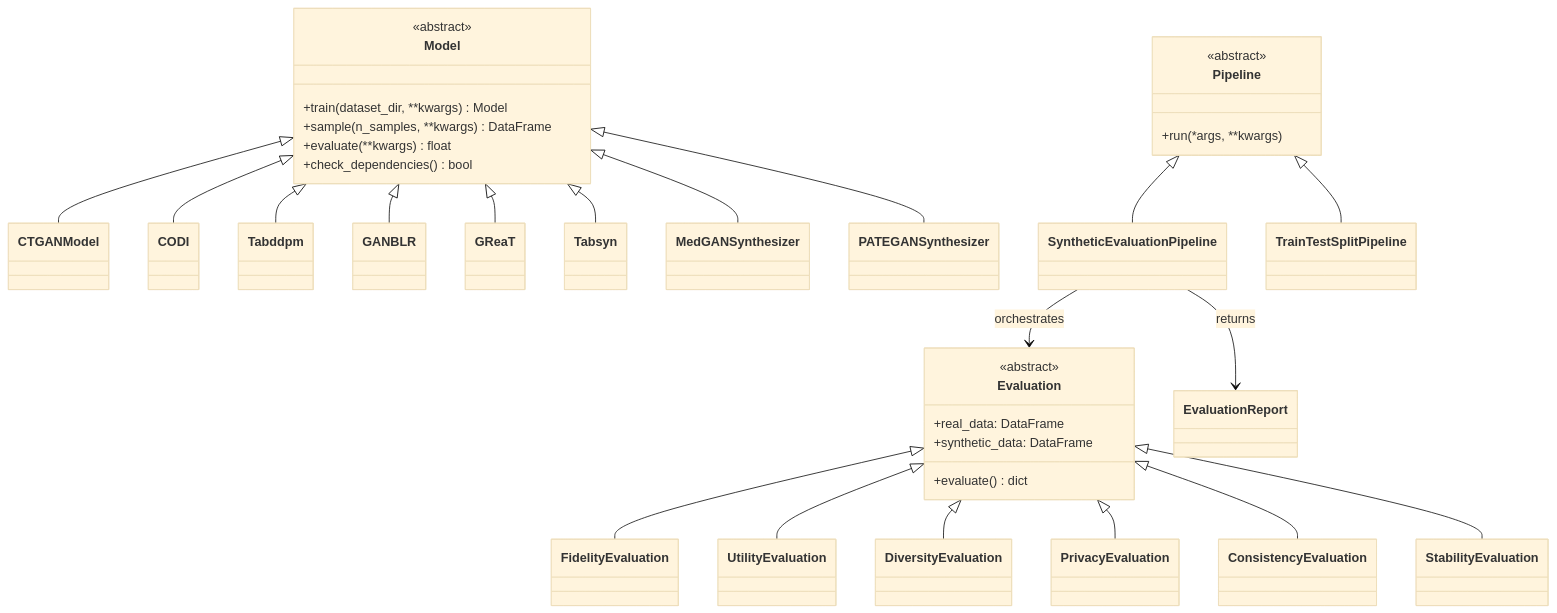
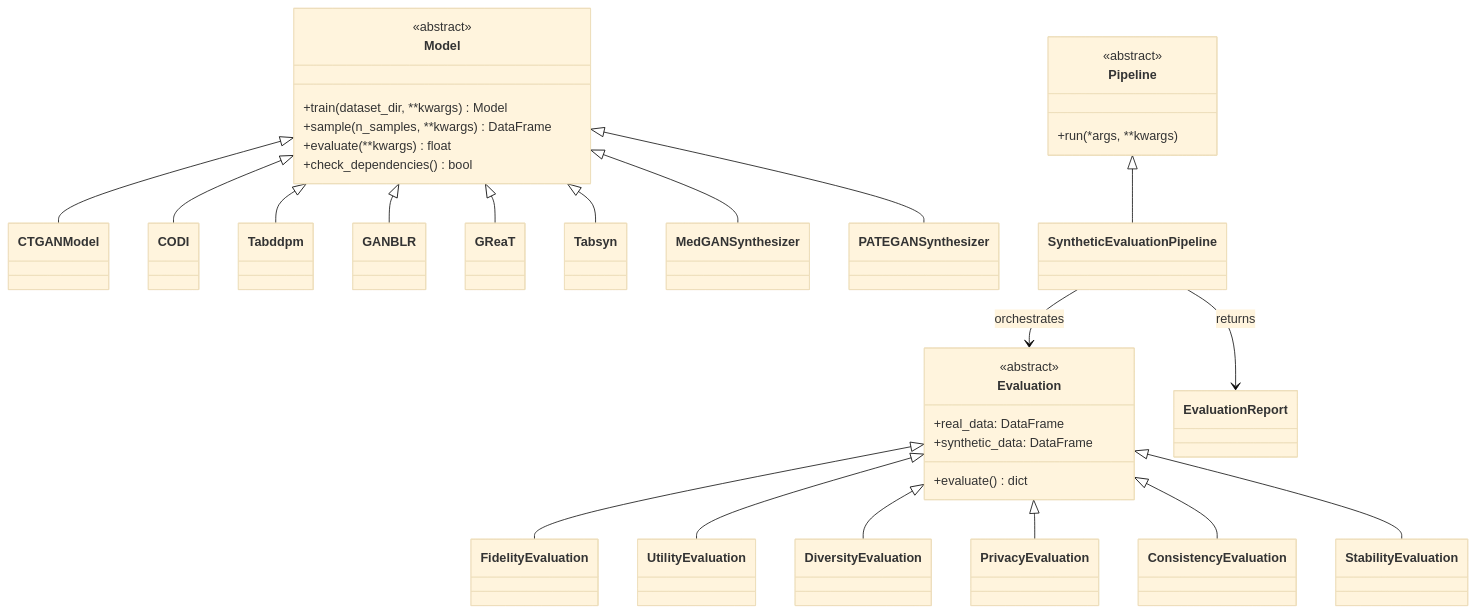
The second of 3 diagrams in ARCHITECTURE.md (datascience-works/Katabatic), drawn with Mermaid (base theme) before and after one commit. The commit also changed other lines of this file and 35 other files, not shown here.

````diff
--- a/ARCHITECTURE.md
+++ b/ARCHITECTURE.md
@@ -76,44 +76,43 @@
 ```mermaid
 classDiagram
     class Model {
         <<abstract>>
         +train(dataset_dir, **kwargs) Model
         +sample(n_samples, **kwargs) DataFrame
         +evaluate(**kwargs) float
         +check_dependencies() bool
     }
 
     class Evaluation {
         <<abstract>>
         +real_data: DataFrame
         +synthetic_data: DataFrame
         +evaluate() dict
     }
 
     class Pipeline {
         <<abstract>>
         +run(*args, **kwargs)
     }
 
     Model <|-- CTGANModel
     Model <|-- CODI
     Model <|-- Tabddpm
     Model <|-- GANBLR
     Model <|-- GReaT
     Model <|-- Tabsyn
     Model <|-- MedGANSynthesizer
     Model <|-- PATEGANSynthesizer
 
     Evaluation <|-- FidelityEvaluation
     Evaluation <|-- UtilityEvaluation
     Evaluation <|-- DiversityEvaluation
     Evaluation <|-- PrivacyEvaluation
     Evaluation <|-- ConsistencyEvaluation
     Evaluation <|-- StabilityEvaluation
 
     Pipeline <|-- SyntheticEvaluationPipeline
-    Pipeline <|-- TrainTestSplitPipeline
 
     SyntheticEvaluationPipeline --> Evaluation : orchestrates
     SyntheticEvaluationPipeline --> EvaluationReport : returns
 ```
````
